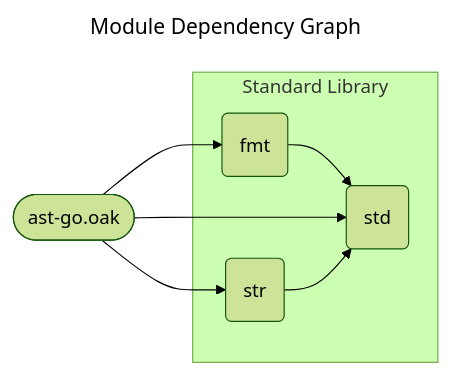
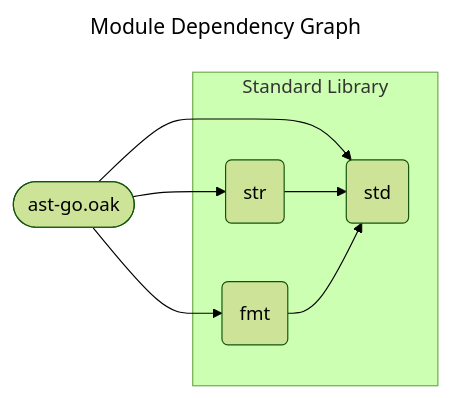
One commit to SpcFORK/magnolia changed the diagram in docs/spec/ast-go.mmd. Above: the diagram before and after it, drawn with Mermaid (forest theme). The commit also changed other lines of this file and 150 other files, not shown here.

First line of the commit message:
Refactor module dependency graphs and enhance Go code generation

```diff
--- a/docs/spec/ast-go.mmd
+++ b/docs/spec/ast-go.mmd
@@ -1,15 +1,15 @@
 ---
 title: Module Dependency Graph
 ---
 flowchart LR
     lib_ast_go_oak(["ast-go.oak"])
     subgraph stdlib_core ["Standard Library"]
         std("std")
         str("str")
         fmt("fmt")
     end
-    fmt --> std
     lib_ast_go_oak --> std
     lib_ast_go_oak --> str
     lib_ast_go_oak --> fmt
     str --> std
+    fmt --> std
```
